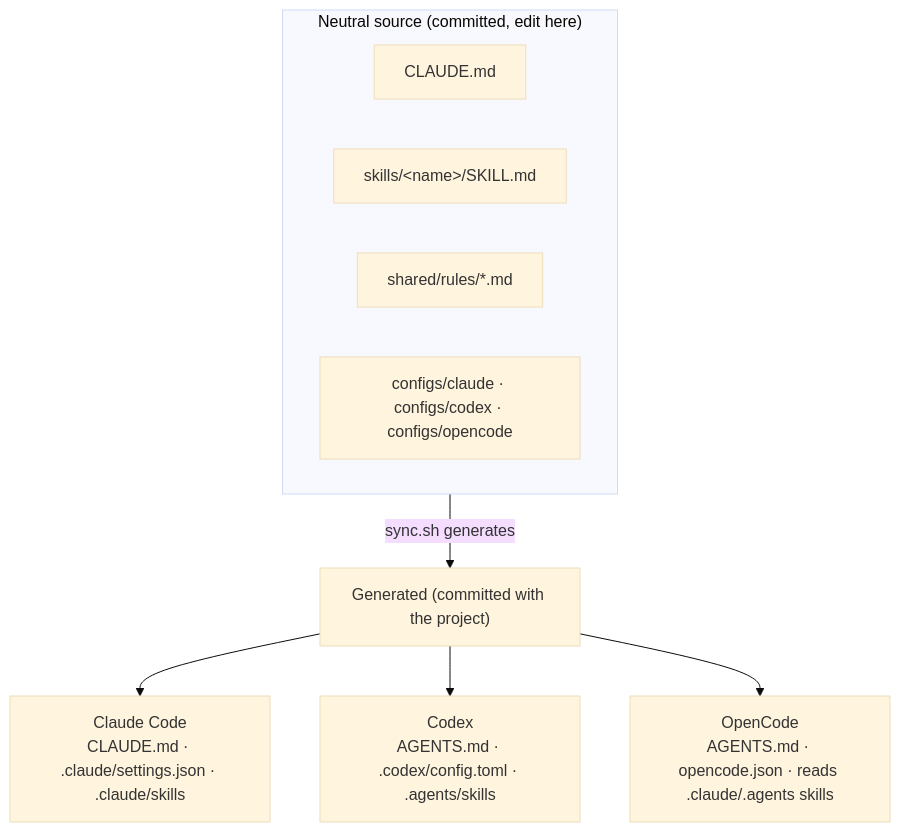
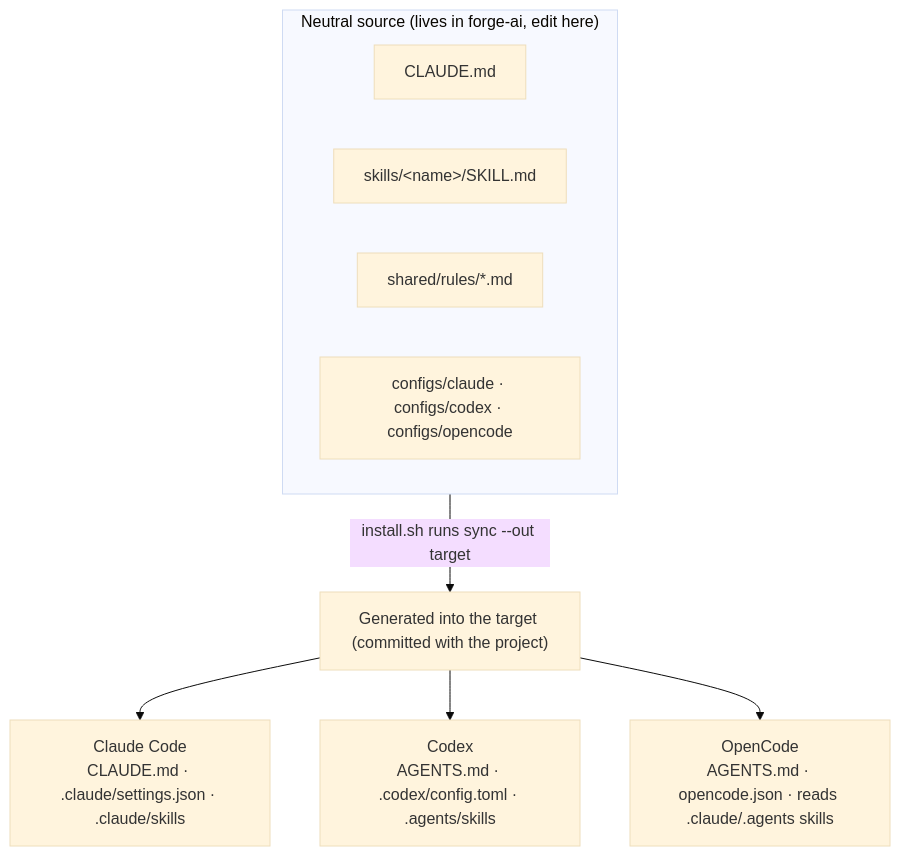
One commit to Juan-Motta/forge-ai changed the first of 2 diagrams in README.md. Above: the diagram before and after it, drawn with Mermaid (base theme). The commit also changed other lines of this file and 11 other files, not shown here.

First line of the commit message:
feat(install): thin install + default target = cwd

````diff
--- a/README.md
+++ b/README.md
@@ -40,13 +43,13 @@
 ```mermaid
 flowchart TD
-    subgraph SRC["Neutral source (committed, edit here)"]
+    subgraph SRC["Neutral source (lives in forge-ai, edit here)"]
         INS["CLAUDE.md"]
         SK["skills/&lt;name&gt;/SKILL.md"]
         RU["shared/rules/*.md"]
         CF["configs/claude · configs/codex · configs/opencode"]
     end
-    SRC -->|sync.sh generates| GEN["Generated (committed with the project)"]
+    SRC -->|install.sh runs sync --out target| GEN["Generated into the target (committed with the project)"]
     GEN --> CLAUDE["Claude Code<br/>CLAUDE.md · .claude/settings.json · .claude/skills"]
     GEN --> CODEX["Codex<br/>AGENTS.md · .codex/config.toml · .agents/skills"]
     GEN --> OPEN["OpenCode<br/>AGENTS.md · opencode.json · reads .claude/.agents skills"]
 ```
````
